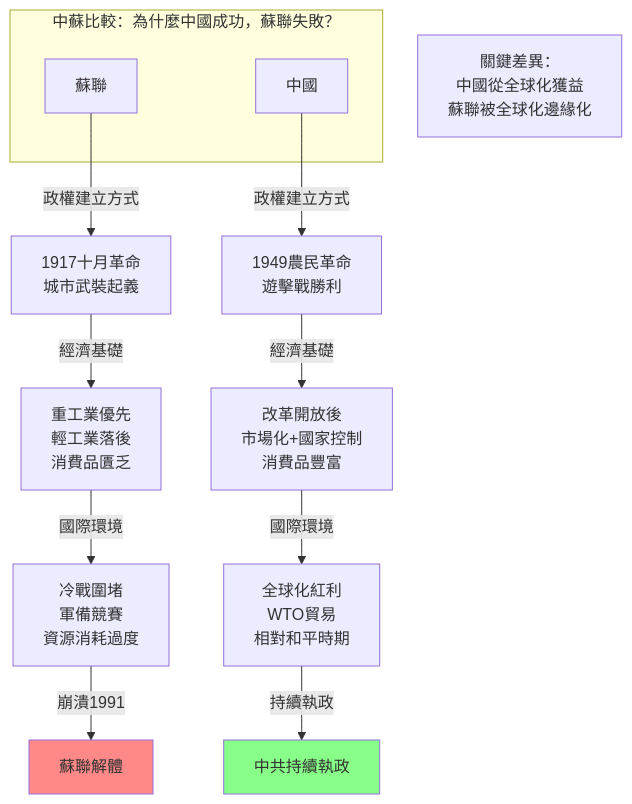
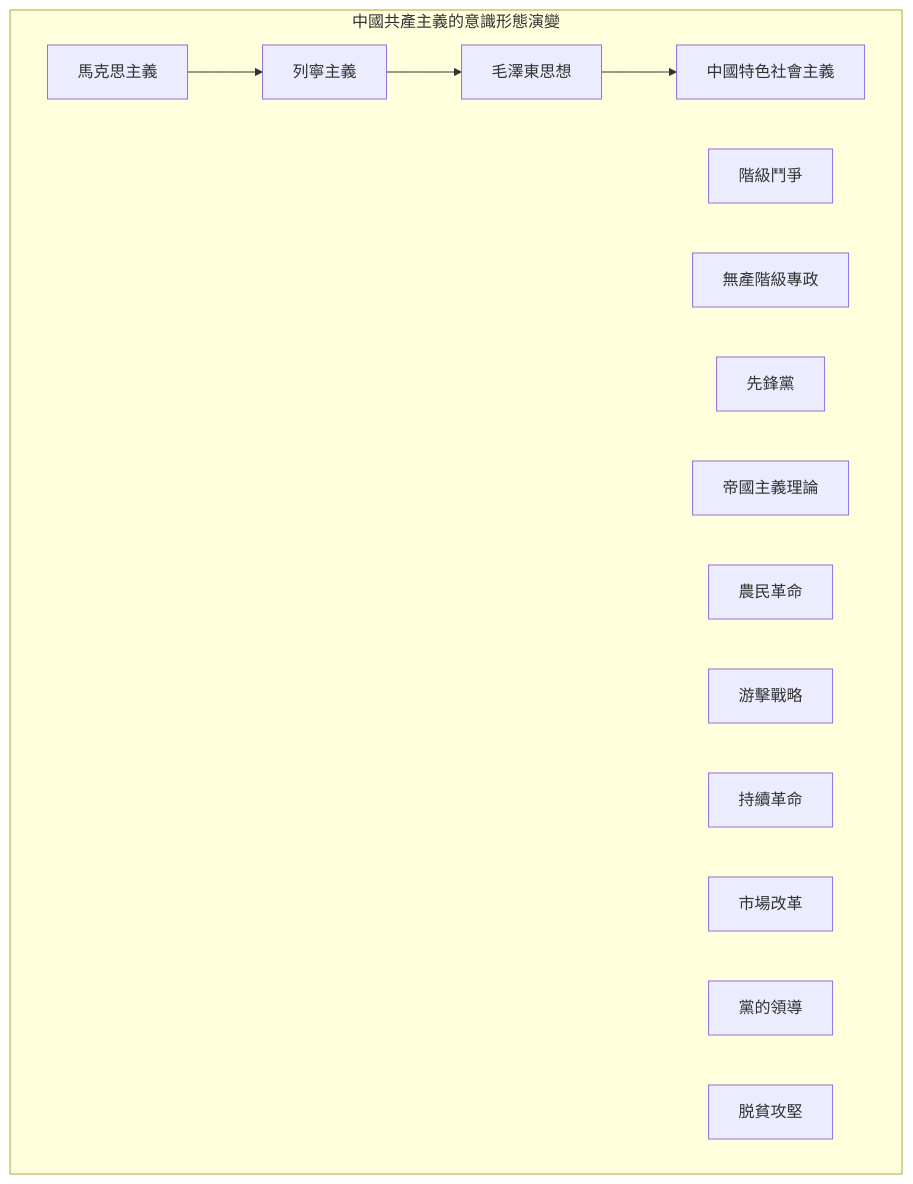
The fifth of 5 diagrams in 02_Harvard_Courses/101_Foundations/Hist38.md (yip-lgtm/HKU-Harvard-History-Self-Study), drawn with Mermaid before and after one commit. The commit also changed other lines of this file and 65 other files, not shown here.

````diff
--- a/02_Harvard_Courses/101_Foundations/Hist38.md
+++ b/02_Harvard_Courses/101_Foundations/Hist38.md
@@ -317,24 +165,24 @@
 ```mermaid
 graph TD
-    subgraph "中蘇比較：為什麼中國成功，蘇聯失敗？"
-        A1["蘇聯"]
-        A2["中國"]
+    subgraph "中國共產主義的意識形態演變"
+        A["馬克思主義"]
+        A1["階級鬥爭"]
+        A2["無產階級專政"]
+        
+        B["列寧主義"]
+        B1["先鋒黨"]
+        B2["帝國主義理論"]
+        
+        C["毛澤東思想"]
+        C1["農民革命"]
+        C2["游擊戰略"]
+        C3["持續革命"]
+        
+        D["中國特色社會主義"]
+        D1["市場改革"]
+        D2["黨的領導"]
+        D3["脱貧攻堅"]
     end
     
-    A1 -->|"政權建立方式"| B1["1917十月革命\n城市武裝起義"]
-    A2 -->|"政權建立方式"| B2["1949農民革命\n遊擊戰勝利"]
-    
-    B1 -->|"經濟基礎"| C1["重工業優先\n輕工業落後\n消費品匱乏"]
-    B2 -->|"經濟基礎"| C2["改革開放後\n市場化+國家控制\n消費品豐富"]
-    
-    C1 -->|"國際環境"| D1["冷戰圍堵\n軍備競賽\n資源消耗過度"]
-    C2 -->|"國際環境"| D2["全球化紅利\nWTO貿易\n相對和平時期"]
-    
-    D1 -->|"崩潰1991"| E1["蘇聯解體"]
-    D2 -->|"持續執政"| E2["中共持續執政"]
-    
-    F["關鍵差異：\n中國從全球化獲益\n蘇聯被全球化邊緣化"]
-    
-    style E1 fill:#f88
-    style E2 fill:#8f8
+    A --> B --> C --> D
 ```
````
